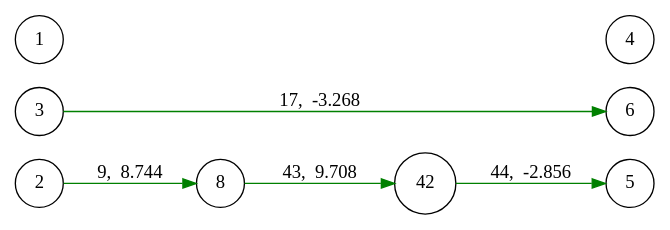
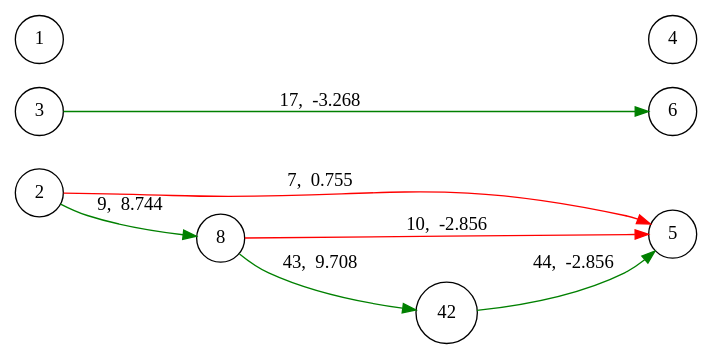
The diagram in neat_0_3.dot (Rithvik-Reddy-Adapa/NEATJulia), drawn with Graphviz before and after one commit. The commit also changed 11 other files, not shown here.

```diff
--- a/neat_0_3.dot
+++ b/neat_0_3.dot
@@ -1,12 +1,14 @@
 digraph {
 	rankdir=LR;
 	node [shape=circle];
+	2->5[color=red,label="7,  0.755",penwidth=1.0];
 	2->8[color=green,label="9,  8.744",penwidth=1.0];
 	3->6[color=green,label="17,  -3.268",penwidth=1.0];
 	{rank=same; 1, 2, 3}
+	8->5[color=red,label="10,  -2.856",penwidth=1.0];
 	8->42[color=green,label="43,  9.708",penwidth=1.0];
 	{rank=same; 8}
 	42->5[color=green,label="44,  -2.856",penwidth=1.0];
 	{rank=same; 42}
 	{rank=same; 4, 5, 6}
 }
```
